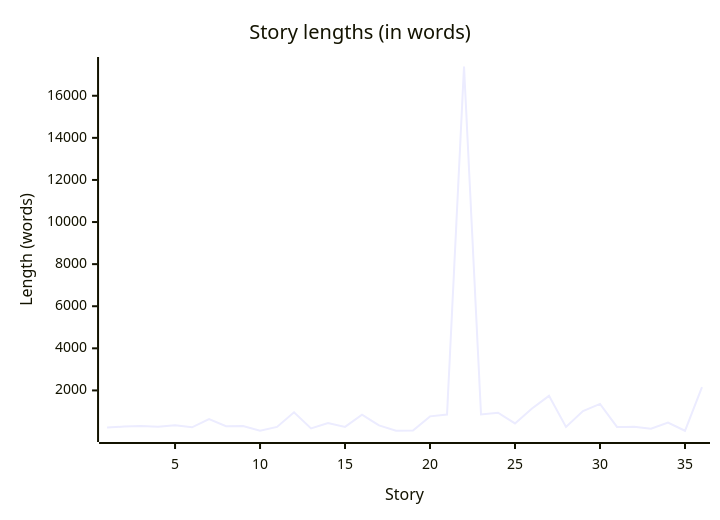
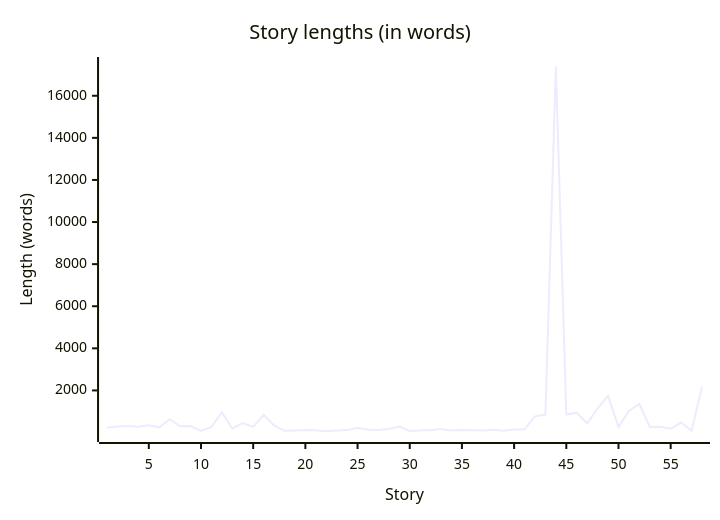
The second of 2 diagrams in tell/README.md (g-ongenae/blog), drawn with Mermaid before and after one commit. The commit also changed other lines of this file and 22 other files, not shown here.

````diff
--- a/tell/README.md
+++ b/tell/README.md
@@ -202,7 +202,7 @@
 ```mermaid
 xychart-beta
   title "Story lengths (in words)"
-  x-axis "Story" 1 --> 36
+  x-axis "Story" 1 --> 58
   y-axis "Length (words)" 1 --> 17390
-  line [243, 281, 304, 270, 348, 246, 633, 298, 306, 80, 267, 964, 195, 450, 268, 845, 339, 81, 100, 767, 853, 17390, 856, 942, 432, 1142, 1743, 266, 1023, 1359, 266, 269, 180, 473, 83, 2156]
+  line [243, 281, 304, 270, 348, 246, 633, 298, 306, 80, 267, 964, 195, 450, 268, 845, 339, 81, 100, 116, 107, 57, 101, 115, 231, 134, 118, 170, 286, 73, 99, 121, 163, 100, 119, 103, 92, 132, 89, 138, 155, 767, 853, 17390, 856, 942, 432, 1142, 1743, 266, 1023, 1359, 266, 269, 180, 473, 83, 2156]
 ```
````
